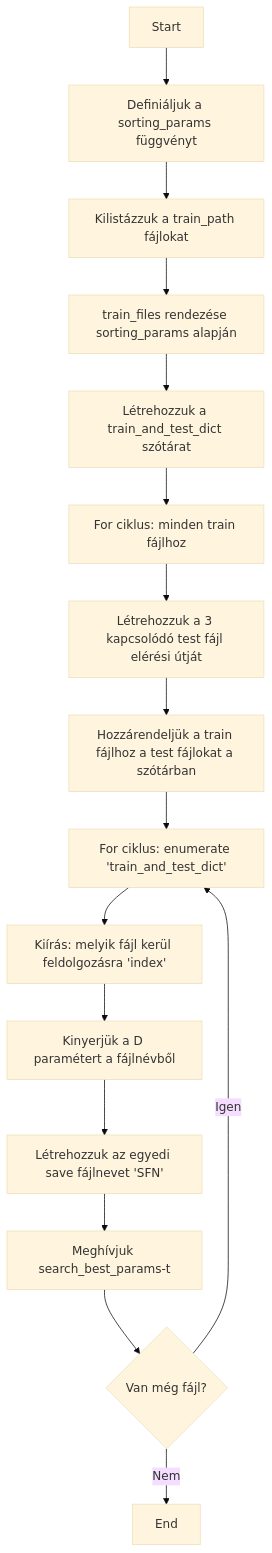
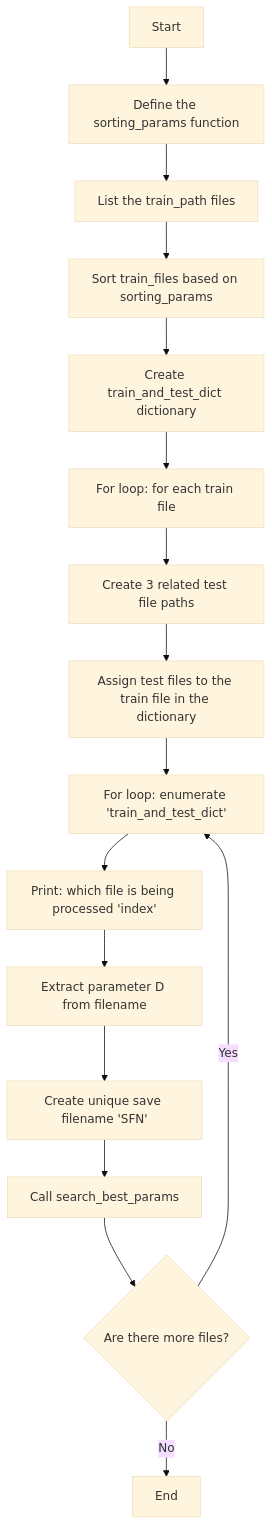
One commit to VLorant/Binary_classification changed the second of 2 diagrams in README.md. Above: the diagram before and after it, drawn with Mermaid (base theme). The commit also changed other lines of this file, not shown here.

````diff
--- a/README.md
+++ b/README.md
@@ -340,19 +339,19 @@
 ```mermaid
 flowchart TD
-    A[Start] --> B[Definiáljuk a sorting_params függvényt]
-    B --> C[Kilistázzuk a train_path fájlokat]
-    C --> D[train_files rendezése sorting_params alapján]
-    D --> E[Létrehozzuk a train_and_test_dict szótárat]
-    E --> F[For ciklus: minden train fájlhoz]
-    F --> G[Létrehozzuk a 3 kapcsolódó test fájl elérési útját]
-    G --> H[Hozzárendeljük a train fájlhoz a test fájlokat a szótárban]
-    H --> I[For ciklus: enumerate 'train_and_test_dict']
-    I --> J[Kiírás: melyik fájl kerül feldolgozásra 'index']
-    J --> K[Kinyerjük a D paramétert a fájlnévből]
-    K --> L[Létrehozzuk az egyedi save fájlnevet 'SFN']
-    L --> M[Meghívjuk search_best_params-t]
-    M --> N{Van még fájl?}
-    N -- Igen --> I
-    N -- Nem --> O[End]
+    A[Start] --> B[Define the sorting_params function]
+    B --> C[List the train_path files]
+    C --> D[Sort train_files based on sorting_params]
+    D --> E[Create train_and_test_dict dictionary]
+    E --> F[For loop: for each train file]
+    F --> G[Create 3 related test file paths]
+    G --> H[Assign test files to the train file in the dictionary]
+    H --> I[For loop: enumerate 'train_and_test_dict']
+    I --> J[Print: which file is being processed 'index']
+    J --> K[Extract parameter D from filename]
+    K --> L[Create unique save filename 'SFN']
+    L --> M[Call search_best_params]
+    M --> N{Are there more files?}
+    N -- Yes --> I
+    N -- No --> O[End]
 
 ```
````
